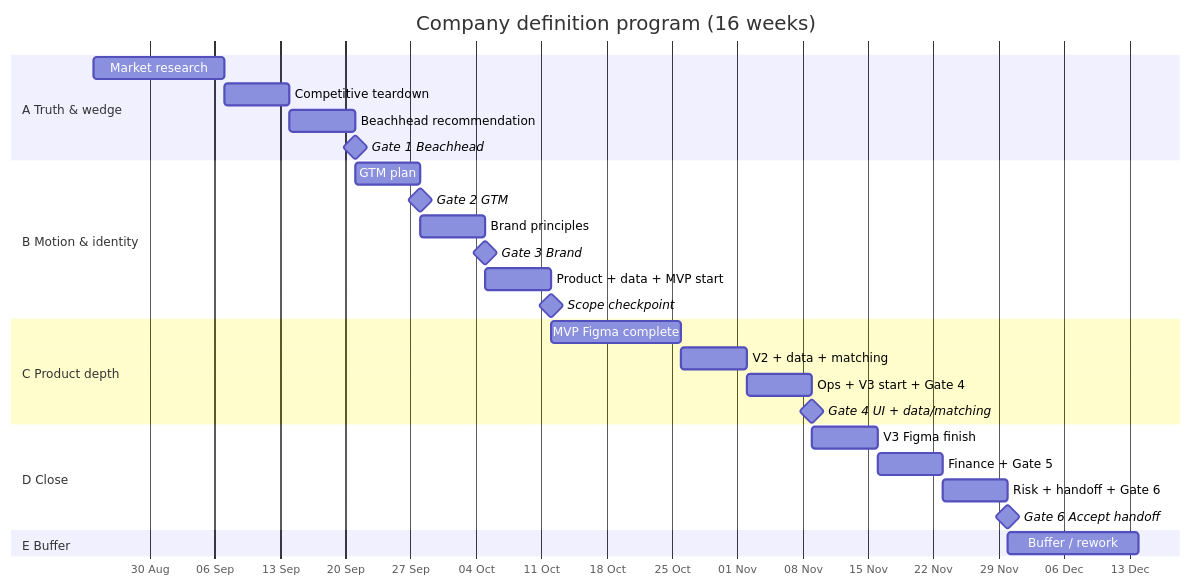
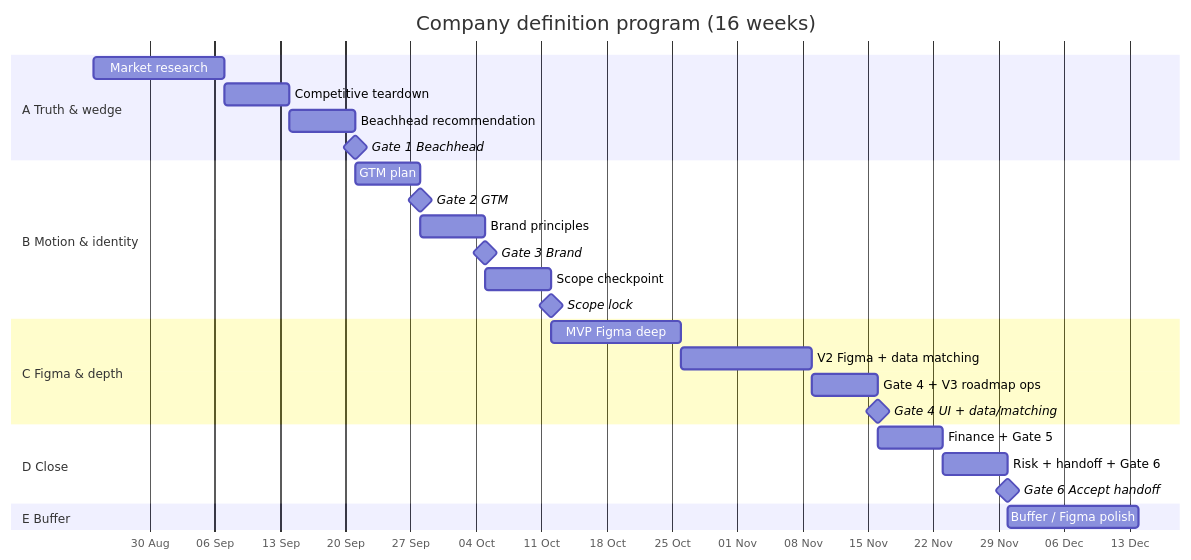
The diagram in PLAN.md (ERE-SV/inuit), drawn with Mermaid before and after one commit. The commit also changed other lines of this file and 115 other files, not shown here.

````diff
--- a/PLAN.md
+++ b/PLAN.md
@@ -29,35 +31,34 @@
 ```mermaid
 gantt
     title Company definition program (16 weeks)
     dateFormat  YYYY-MM-DD
     axisFormat  %d %b
 
     section A Truth & wedge
     Market research           :a1, 2026-08-24, 14d
     Competitive teardown      :a2, after a1, 7d
     Beachhead recommendation  :a3, after a2, 7d
     Gate 1 Beachhead          :milestone, m1, after a3, 0d
 
     section B Motion & identity
     GTM plan                  :b1, after m1, 7d
     Gate 2 GTM                :milestone, m2, after b1, 0d
     Brand principles          :b2, after m2, 7d
     Gate 3 Brand              :milestone, m3, after b2, 0d
-    Product + data + MVP start:b3, after m3, 7d
-    Scope checkpoint          :milestone, m4, after b3, 0d
+    Scope checkpoint          :b3, after m3, 7d
+    Scope lock                :milestone, m4, after b3, 0d
 
-    section C Product depth
-    MVP Figma complete        :c1, after m4, 14d
-    V2 + data + matching      :c2, after c1, 7d
-    Ops + V3 start + Gate 4   :c3, after c2, 7d
+    section C Figma & depth
+    MVP Figma deep            :c1, after m4, 14d
+    V2 Figma + data matching  :c2, after c1, 14d
+    Gate 4 + V3 roadmap ops   :c3, after c2, 7d
     Gate 4 UI + data/matching :milestone, m5, after c3, 0d
 
     section D Close
-    V3 Figma finish           :d1, after m5, 7d
-    Finance + Gate 5          :d2, after d1, 7d
-    Risk + handoff + Gate 6   :d3, after d2, 7d
-    Gate 6 Accept handoff     :milestone, m7, after d3, 0d
+    Finance + Gate 5          :d1, after m5, 7d
+    Risk + handoff + Gate 6   :d2, after d1, 7d
+    Gate 6 Accept handoff     :milestone, m7, after d2, 0d
 
     section E Buffer
-    Buffer / rework           :e1, after m7, 14d
+    Buffer / Figma polish     :e1, after m7, 14d
 ```
````
